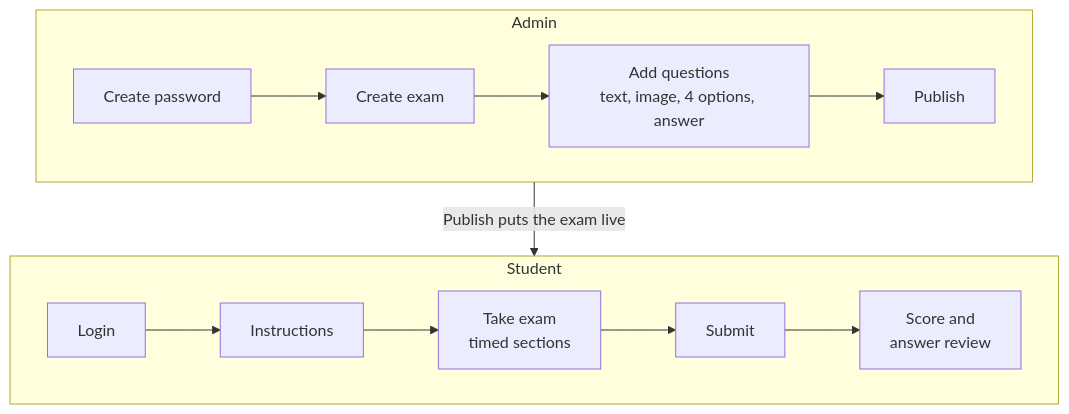
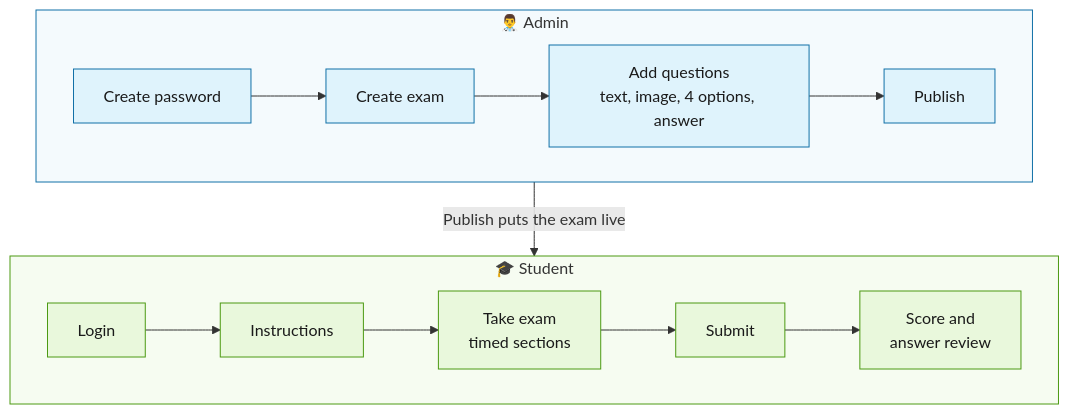
The diagram in README.md (muppidisampathreddy/NEET-PG_Simulator), drawn with Mermaid before and after one commit. The commit also changed other lines of this file and 3 other files, not shown here.

````diff
--- a/README.md
+++ b/README.md
@@ -28,12 +37,19 @@
 ```mermaid
 flowchart TB
-  subgraph Admin
+  subgraph Admin["👨‍⚕️ Admin"]
     direction LR
     A1[Create password] --> A2[Create exam] --> A3[Add questions<br/>text, image, 4 options, answer] --> A4[Publish]
   end
-  subgraph Student
+  subgraph Student["🎓 Student"]
     direction LR
     S1[Login] --> S2[Instructions] --> S3[Take exam<br/>timed sections] --> S4[Submit] --> S5[Score and<br/>answer review]
   end
   Admin -- Publish puts the exam live --> Student
+
+  classDef admin fill:#dff3fc,stroke:#1170a7,color:#1a1a1a
+  classDef student fill:#e9f8dc,stroke:#4c9a12,color:#1a1a1a
+  class A1,A2,A3,A4 admin
+  class S1,S2,S3,S4,S5 student
+  style Admin fill:#f4fafd,stroke:#1170a7
+  style Student fill:#f6fcf1,stroke:#4c9a12
 ```
````
